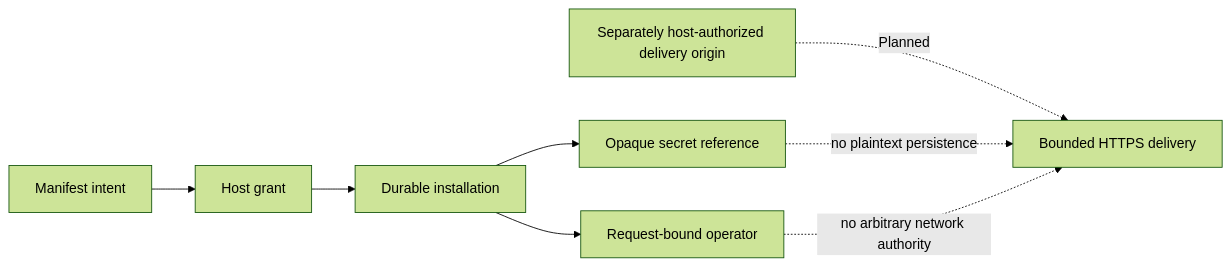
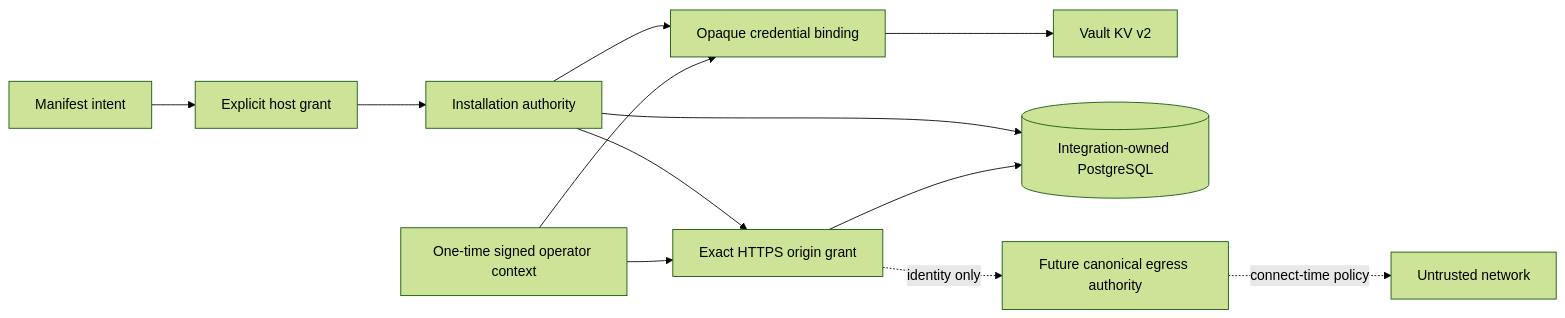
One commit to ContextualWisdomLab/life-os changed diagram 11 of 18 in docs/UML.md. Above: the diagram before and after it, drawn with Mermaid (forest theme). The commit also changed other lines of this file, not shown here.

Commit message:
docs: refresh active authority and recovery views

````diff
--- a/docs/UML.md
+++ b/docs/UML.md
@@ -214,10 +243,14 @@
 ```mermaid
 flowchart LR
-    Manifest[Manifest intent] --> HostGrant[Host grant]
-    HostGrant --> Installation[Durable installation]
-    Installation --> SecretRef[Opaque secret reference]
-    Installation --> Operator[Request-bound operator]
-    HostOrigin[Separately host-authorized delivery origin] -. Planned .-> Delivery[Bounded HTTPS delivery]
-    SecretRef -. no plaintext persistence .-> Delivery
-    Operator -. no arbitrary network authority .-> Delivery
+    Manifest[Manifest intent] --> HostGrant[Explicit host grant]
+    HostGrant --> Installation[Installation authority]
+    Installation --> Credential[Opaque credential binding]
+    Installation --> Origin[Exact HTTPS origin grant]
+    Credential --> Vault[Vault KV v2]
+    Installation --> IPG[(Integration-owned PostgreSQL)]
+    Origin --> IPG
+    Operator[One-time signed operator context] --> Credential
+    Operator --> Origin
+    Origin -. identity only .-> Egress[Future canonical egress authority]
+    Egress -. connect-time policy .-> Network[Untrusted network]
 ```
````
